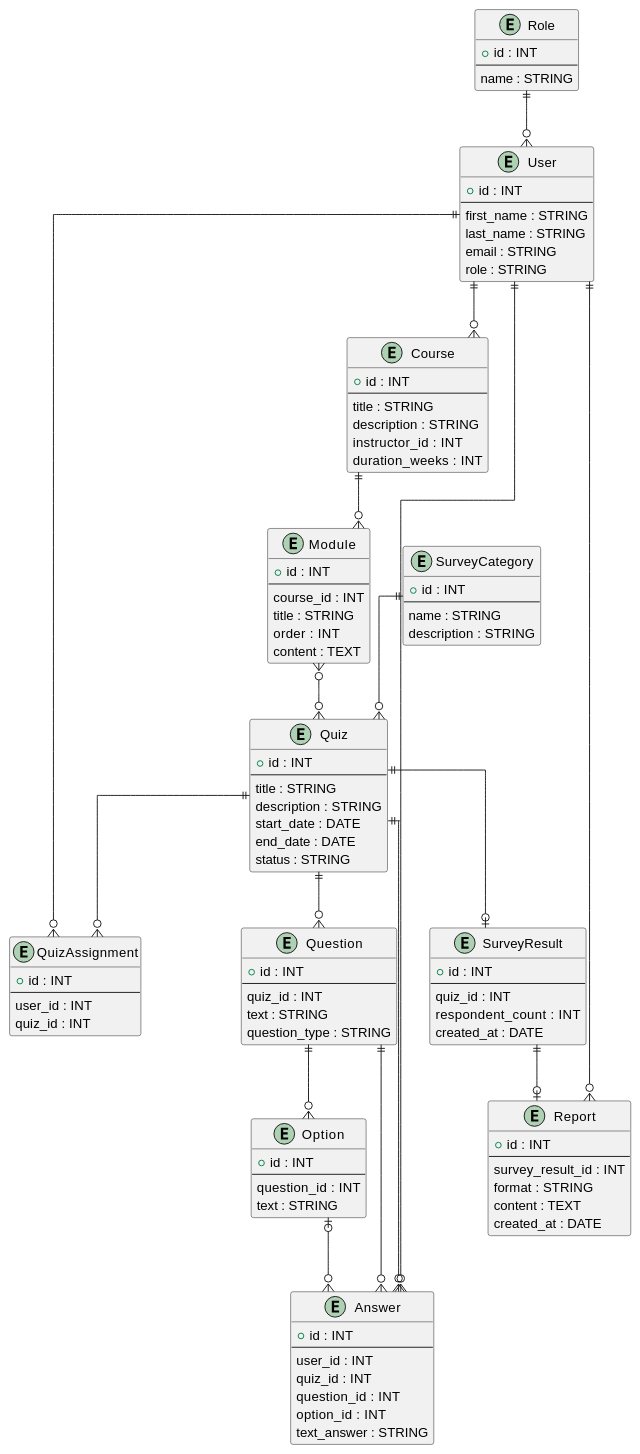
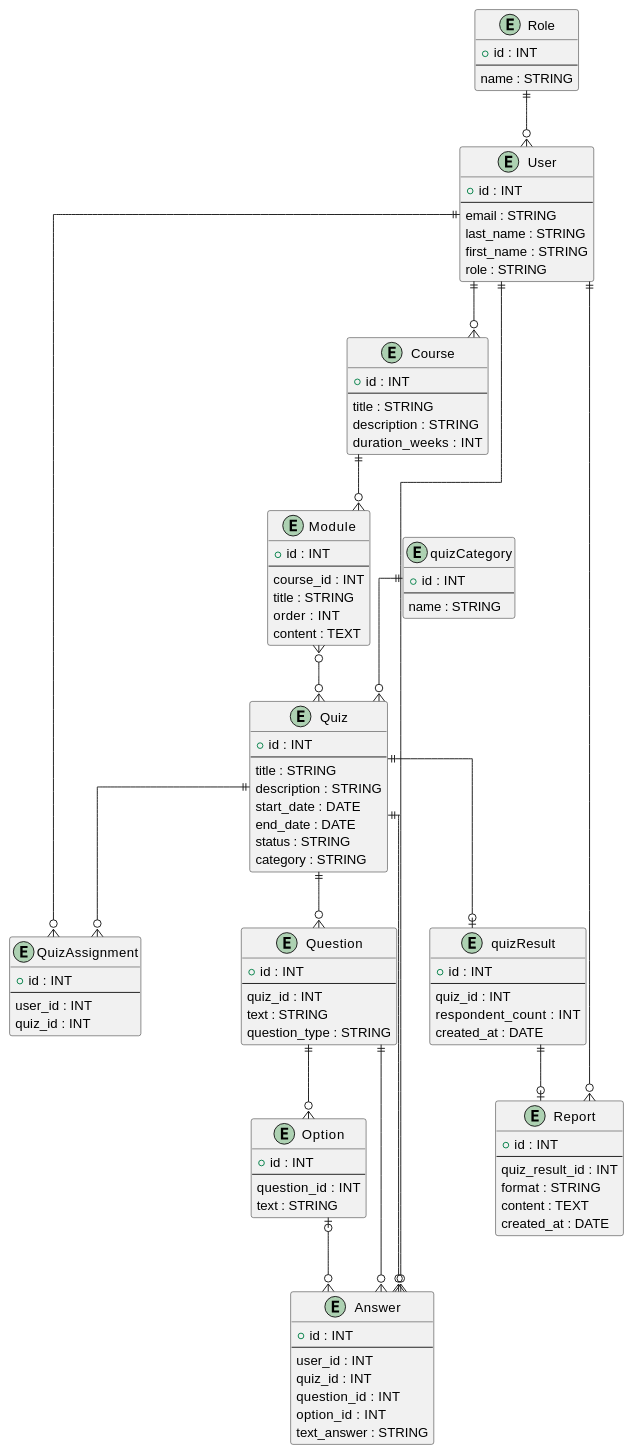
One commit to elidorbeth/edu_db_labs changed the second of 2 diagrams in docs/design/README.md. Above: the diagram before and after it, drawn with PlantUML.

Commit message:
Sergio's task

```diff
--- a/docs/design/README.md
+++ b/docs/design/README.md
@@ -171,9 +171,9 @@
 entity "User" {
   + id : INT
   --
+  email : STRING
+  last_name : STRING
   first_name : STRING
-  last_name : STRING
-  email : STRING
   role : STRING
 }
 
@@ -191,6 +191,7 @@
   start_date : DATE
   end_date : DATE
   status : STRING
+  category : STRING
 }
 
 entity "QuizAssignment" {
@@ -230,7 +231,6 @@
   --
   title : STRING
   description : STRING
-  instructor_id : INT
   duration_weeks : INT
 }
 
@@ -243,14 +243,13 @@
   content : TEXT
 }
 
-entity "SurveyCategory" {
+entity "quizCategory" {
   + id : INT
   --
-  name : STRING
-  description : STRING
+  name : STRING  
 }
 
-entity "SurveyResult" {
+entity "quizResult" {
   + id : INT
   --
   quiz_id : INT
@@ -261,7 +260,7 @@
 entity "Report" {
   + id : INT
   --
-  survey_result_id : INT
+  quiz_result_id : INT
   format : STRING
   content : TEXT
   created_at : DATE
@@ -284,9 +283,9 @@
 "Module" }o--o{ "Quiz"
 
 "Role" ||--o{ "User"
-"SurveyCategory" ||--o{ "Quiz"
-"Quiz" ||--o| "SurveyResult"
-"SurveyResult" ||--o| "Report"
+"quizCategory" ||--o{ "Quiz"
+"Quiz" ||--o| "quizResult"
+"quizResult" ||--o| "Report"
 "User" ||--o{ "Report"
 
 @enduml
```
